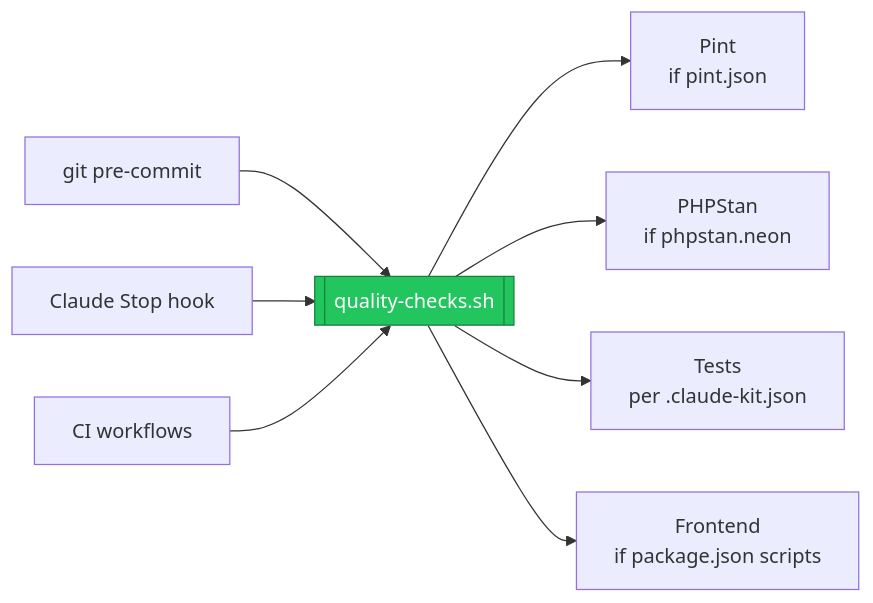
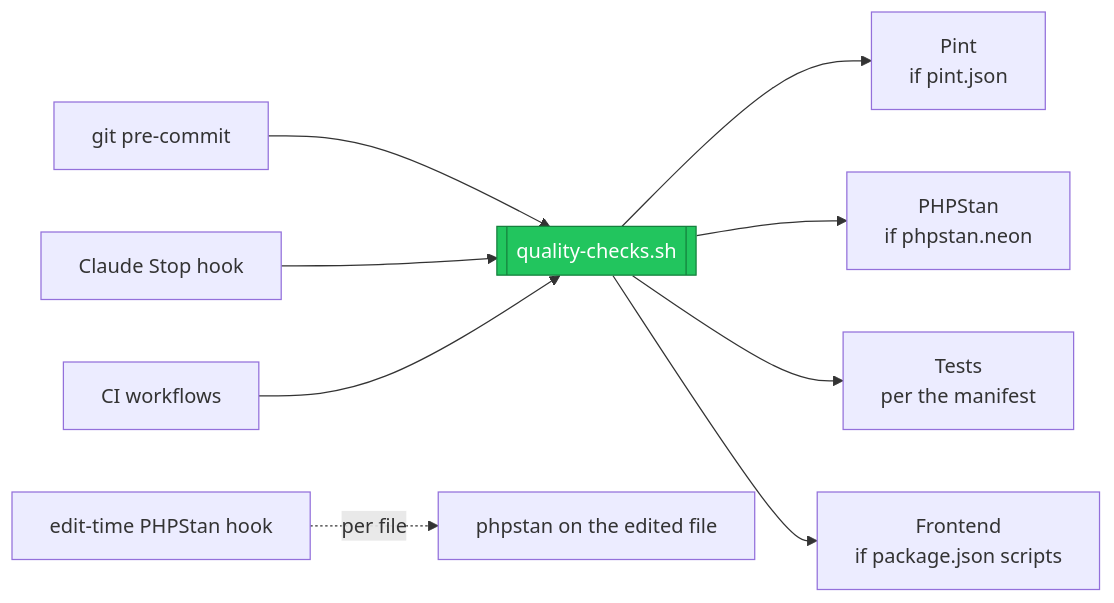
Before and after one commit to mohamed-ashraf-elsaed/claude-kit: the diagram in docs/Quality-Gate.md, drawn with Mermaid. The commit also changed other lines of this file and 75 other files, not shown here.

````diff
--- a/docs/Quality-Gate.md
+++ b/docs/Quality-Gate.md
@@ -5,12 +5,13 @@
 ```mermaid
 flowchart LR
     A[git pre-commit] --> Q
     B[Claude Stop hook] --> Q
     C[CI workflows] --> Q
+    D[edit-time PHPStan hook] -.per file.-> PS[phpstan on the edited file]
     Q[[quality-checks.sh]] --> P1[Pint<br/>if pint.json]
     Q --> P2[PHPStan<br/>if phpstan.neon]
-    Q --> P3[Tests<br/>per .claude-kit.json]
+    Q --> P3[Tests<br/>per the manifest]
     Q --> P4[Frontend<br/>if package.json scripts]
     classDef g fill:#22c55e,stroke:#15803d,color:#fff;
     class Q g;
 ```
````
